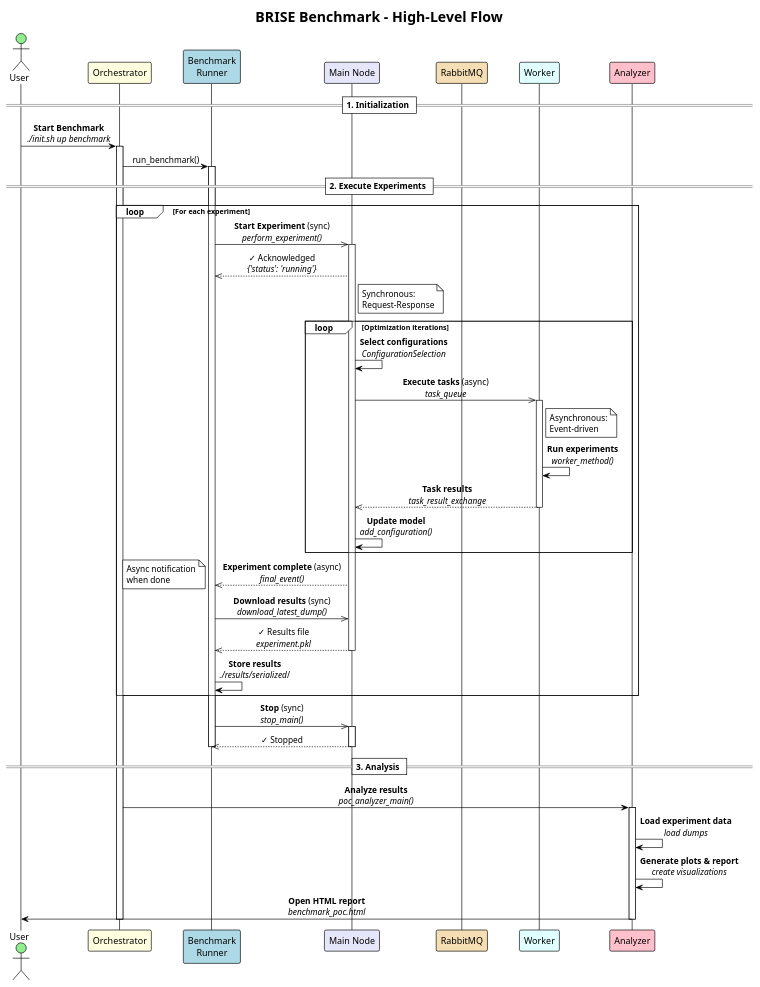
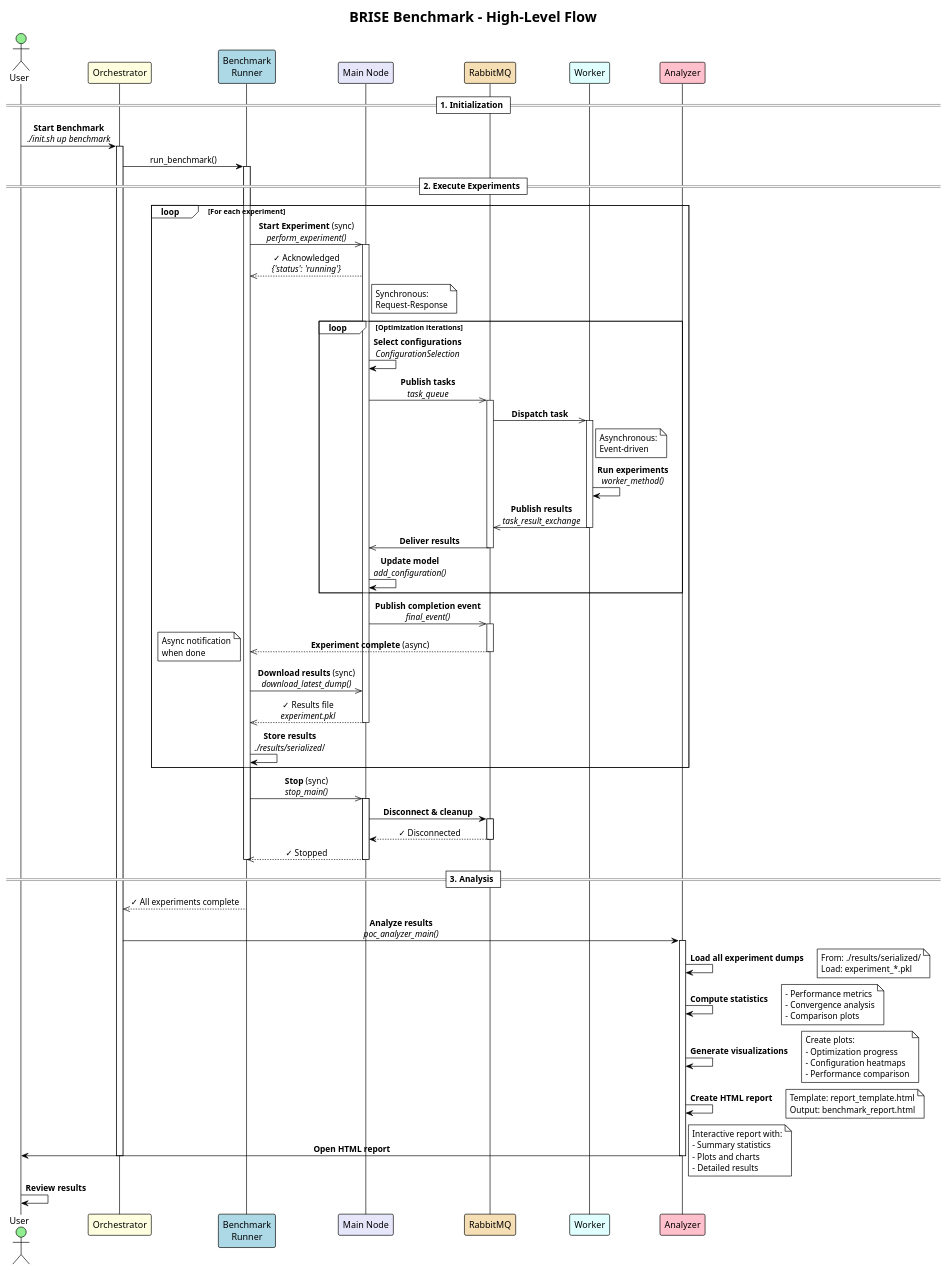
One commit to LeanderSoemisch/BRISE2_Benchmarking changed the diagram in benchmark/docs/sequence_diagrams/Sequence_Diagram_Benchmark.puml. Above: the diagram before and after it, drawn with PlantUML. The commit also changed 28 other files, not shown here.

```diff
--- a/benchmark/docs/sequence_diagrams/Sequence_Diagram_Benchmark.puml
+++ b/benchmark/docs/sequence_diagrams/Sequence_Diagram_Benchmark.puml
@@ -1,68 +1,114 @@
 @startuml Benchmark_Sequence_Diagram
 !theme plain
 skinparam sequenceMessageAlign center
 skinparam responseMessageBelowArrow true
 skinparam BoxPadding 10
 skinparam ParticipantPadding 20
 
 actor User #lightgreen
 participant "Orchestrator" as Orchestrator #lightyellow
 participant "Benchmark\nRunner" as BenchmarkRunner #lightblue
 participant "Main Node" as MainNode #lavender
 participant "RabbitMQ" as RabbitMQ #wheat
 participant "Worker" as Worker #lightcyan
 participant "Analyzer" as Analyzer #pink
 
 title BRISE Benchmark - High-Level Flow
 
 == 1. Initialization ==
 User -> Orchestrator: **Start Benchmark**\n//./init.sh up benchmark//
 activate Orchestrator
 Orchestrator -> BenchmarkRunner: run_benchmark()
 activate BenchmarkRunner
 
 == 2. Execute Experiments ==
 loop For each experiment
 
     BenchmarkRunner ->> MainNode: **Start Experiment** (sync)\n//perform_experiment()//
     activate MainNode
     MainNode -->> BenchmarkRunner: ✓ Acknowledged\n//{'status': 'running'}//
     note right of MainNode: Synchronous:\nRequest-Response
 
     loop Optimization iterations
         MainNode -> MainNode: **Select configurations**\n//ConfigurationSelection//
-        MainNode ->> Worker: **Execute tasks** (async)\n//task_queue//
+        MainNode ->> RabbitMQ: **Publish tasks**\n//task_queue//
+        activate RabbitMQ
+        RabbitMQ ->> Worker: **Dispatch task**
         activate Worker
         note right of Worker: Asynchronous:\nEvent-driven
         Worker -> Worker: **Run experiments**\n//worker_method()//
-        Worker -->> MainNode: **Task results**\n//task_result_exchange//
+        Worker ->> RabbitMQ: **Publish results**\n//task_result_exchange//
         deactivate Worker
+        RabbitMQ ->> MainNode: **Deliver results**
+        deactivate RabbitMQ
         MainNode -> MainNode: **Update model**\n//add_configuration()//
     end
 
-    MainNode -->> BenchmarkRunner: **Experiment complete** (async)\n//final_event()//
+    MainNode ->> RabbitMQ: **Publish completion event**\n//final_event()//
+    activate RabbitMQ
+    RabbitMQ -->> BenchmarkRunner: **Experiment complete** (async)
+    deactivate RabbitMQ
     note left: Async notification\nwhen done
 
     BenchmarkRunner ->> MainNode: **Download results** (sync)\n//download_latest_dump()//
     MainNode -->> BenchmarkRunner: ✓ Results file\n//experiment.pkl//
     deactivate MainNode
     BenchmarkRunner -> BenchmarkRunner: **Store results**\n//./results/serialized///
 
 end
 
 BenchmarkRunner ->> MainNode: **Stop** (sync)\n//stop_main()//
 activate MainNode
+MainNode -> RabbitMQ: **Disconnect & cleanup**
+activate RabbitMQ
+RabbitMQ --> MainNode: ✓ Disconnected
+deactivate RabbitMQ
 MainNode -->> BenchmarkRunner: ✓ Stopped
 deactivate MainNode
 deactivate BenchmarkRunner
 
 == 3. Analysis ==
+BenchmarkRunner -->> Orchestrator: ✓ All experiments complete
 Orchestrator -> Analyzer: **Analyze results**\n//poc_analyzer_main()//
 activate Analyzer
-Analyzer -> Analyzer: **Load experiment data**\n//load dumps//
-Analyzer -> Analyzer: **Generate plots & report**\n//create visualizations//
-Analyzer -> User: **Open HTML report**\n//benchmark_poc.html//
+
+Analyzer -> Analyzer: **Load all experiment dumps**
+note right
+  From: ./results/serialized/
+  Load: experiment_*.pkl
+end note
+
+Analyzer -> Analyzer: **Compute statistics**
+note right
+  - Performance metrics
+  - Convergence analysis
+  - Comparison plots
+end note
+
+Analyzer -> Analyzer: **Generate visualizations**
+note right
+  Create plots:
+  - Optimization progress
+  - Configuration heatmaps
+  - Performance comparison
+end note
+
+Analyzer -> Analyzer: **Create HTML report**
+note right
+  Template: report_template.html
+  Output: benchmark_report.html
+end note
+
+Analyzer -> User: **Open HTML report**
+note right
+  Interactive report with:
+  - Summary statistics
+  - Plots and charts
+  - Detailed results
+end note
 deactivate Analyzer
 deactivate Orchestrator
 
+User -> User: **Review results**
+
 @enduml
```
